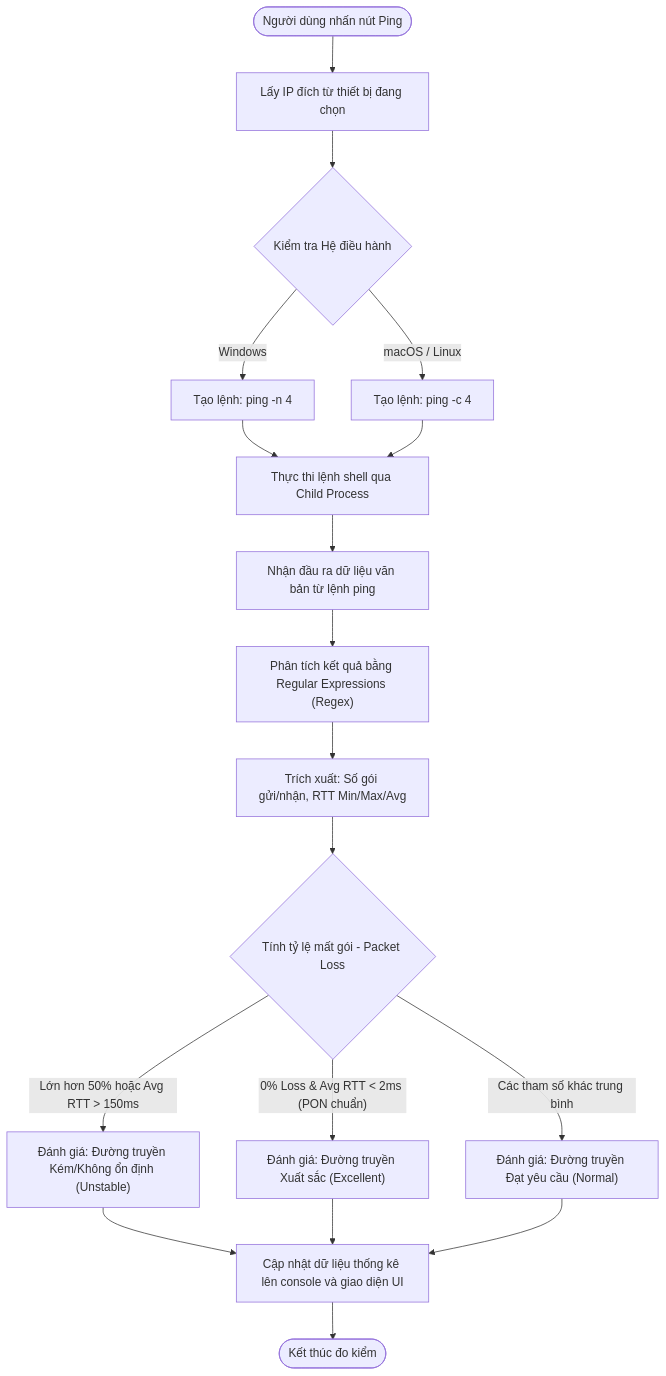
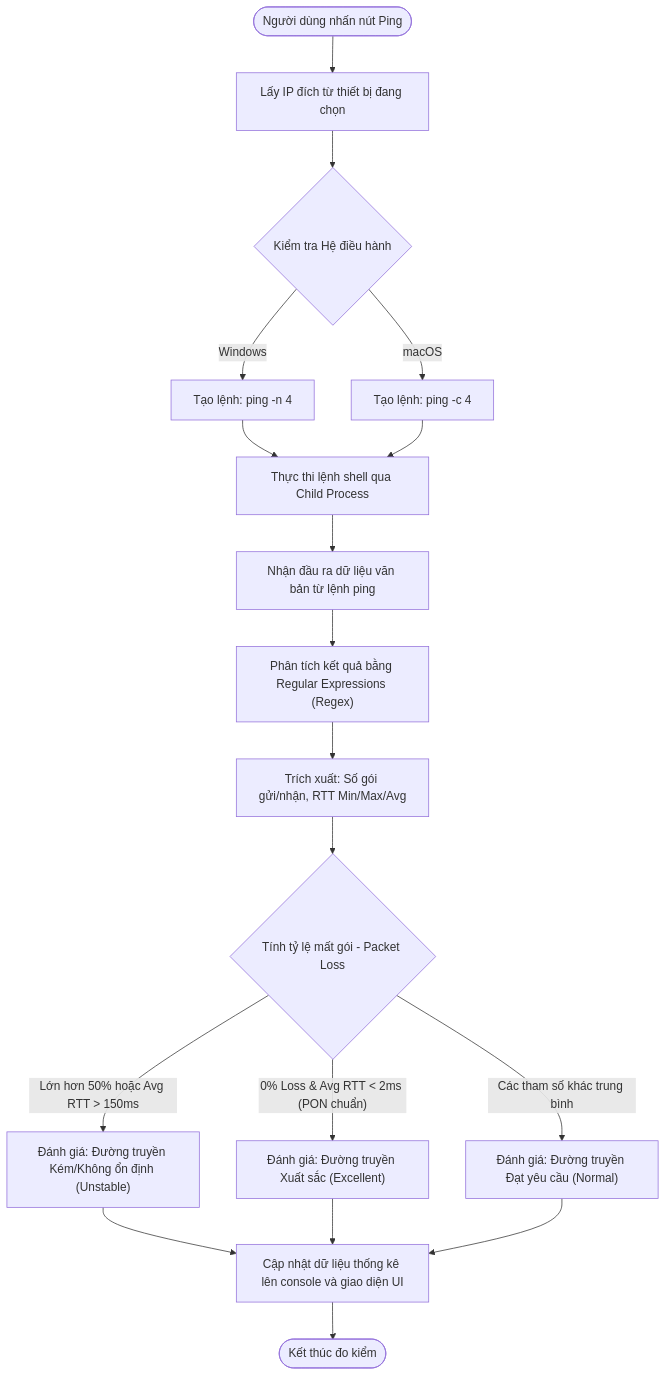
The fourth of 4 diagrams in README.md (levanduy093-work/LANLink), drawn with Mermaid before and after one commit. The commit also changed other lines of this file and 2 other files, not shown here.

Commit message:
build: remove Linux support and associated build scripts from project configuration

````diff
--- a/README.md
+++ b/README.md
@@ -145,20 +145,20 @@
 ```mermaid
 graph TD
     A(["Người dùng nhấn nút Ping"]) --> B["Lấy IP đích từ thiết bị đang chọn"]
     B --> C{Kiểm tra Hệ điều hành}
     C -- "Windows" --> D["Tạo lệnh: ping -n 4 <IP>"]
-    C -- "macOS / Linux" --> E["Tạo lệnh: ping -c 4 <IP>"]
+    C -- "macOS" --> E["Tạo lệnh: ping -c 4 <IP>"]
     D --> F["Thực thi lệnh shell qua Child Process"]
     E --> F
     F --> G["Nhận đầu ra dữ liệu văn bản từ lệnh ping"]
     G --> H["Phân tích kết quả bằng Regular Expressions (Regex)"]
     H --> I["Trích xuất: Số gói gửi/nhận, RTT Min/Max/Avg"]
     I --> J{Tính tỷ lệ mất gói - Packet Loss}
     J -- "Lớn hơn 50% hoặc Avg RTT > 150ms" --> K["Đánh giá: Đường truyền Kém/Không ổn định (Unstable)"]
     J -- "0% Loss & Avg RTT < 2ms (PON chuẩn)" --> L["Đánh giá: Đường truyền Xuất sắc (Excellent)"]
     J -- "Các tham số khác trung bình" --> M["Đánh giá: Đường truyền Đạt yêu cầu (Normal)"]
     K --> N["Cập nhật dữ liệu thống kê lên console và giao diện UI"]
     L --> N
     M --> N
     N --> O(["Kết thúc đo kiểm"])
 ```
````
